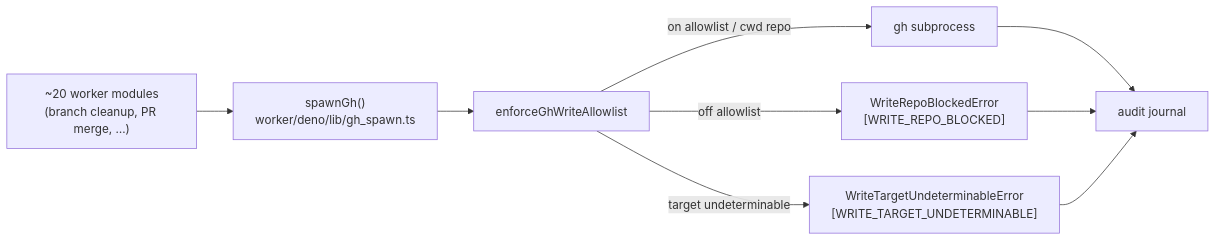
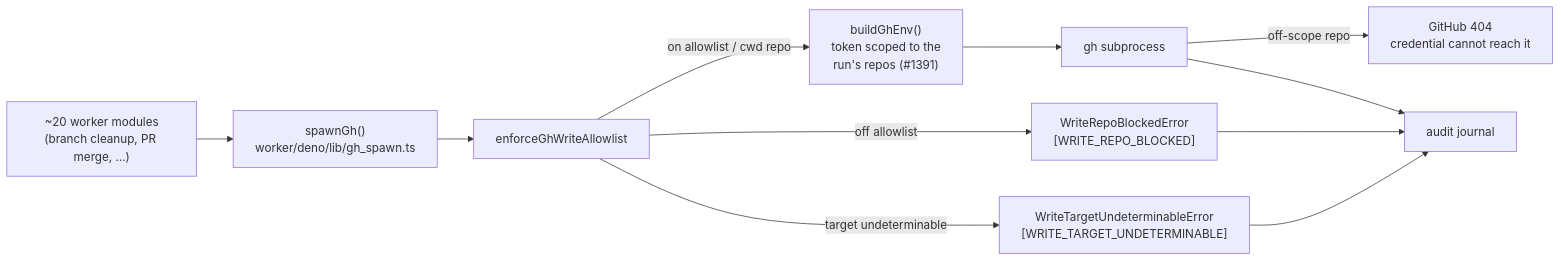
One commit to stSoftwareAU/VibeCoder changed the sixth of 9 diagrams in SECURITY.md. Above: the diagram before and after it, drawn with Mermaid. The commit also changed other lines of this file and 5 other files, not shown here.

First line of the commit message:
security: scope the GitHub App installation token to the repos a run may write to (Issue #1391)

````diff
--- a/SECURITY.md
+++ b/SECURITY.md
@@ -1334,11 +1335,13 @@
 ```mermaid
 flowchart LR
     M["~20 worker modules<br/>(branch cleanup, PR merge, …)"] --> S["spawnGh()<br/>worker/deno/lib/gh_spawn.ts"]
     S --> A["enforceGhWriteAllowlist"]
-    A -->|"on allowlist / cwd repo"| G["gh subprocess"]
+    A -->|"on allowlist / cwd repo"| T["buildGhEnv()<br/>token scoped to the<br/>run's repos (#1391)"]
+    T --> G["gh subprocess"]
     A -->|"off allowlist"| B1["WriteRepoBlockedError<br/>[WRITE_REPO_BLOCKED]"]
     A -->|"target undeterminable"| B2["WriteTargetUndeterminableError<br/>[WRITE_TARGET_UNDETERMINABLE]"]
+    G -->|"off-scope repo"| B3["GitHub 404<br/>credential cannot reach it"]
     G --> J["audit journal"]
     B1 --> J
     B2 --> J
 ```
````
